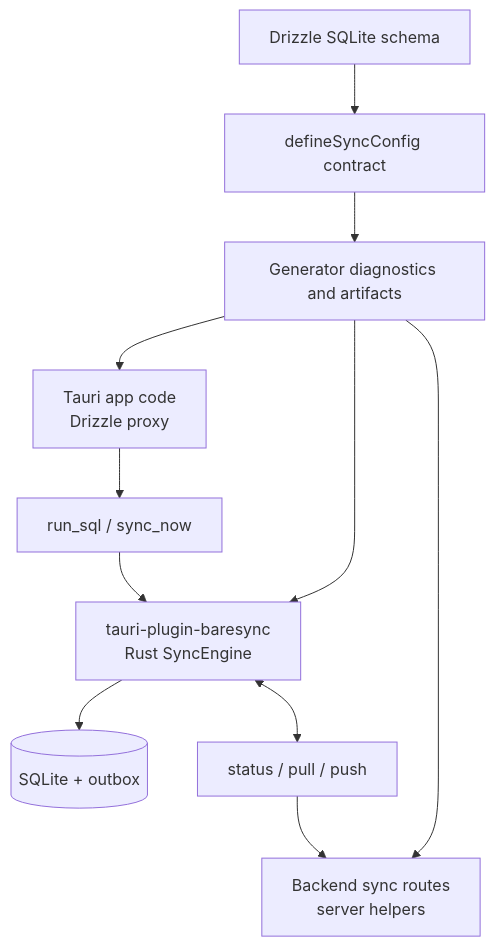
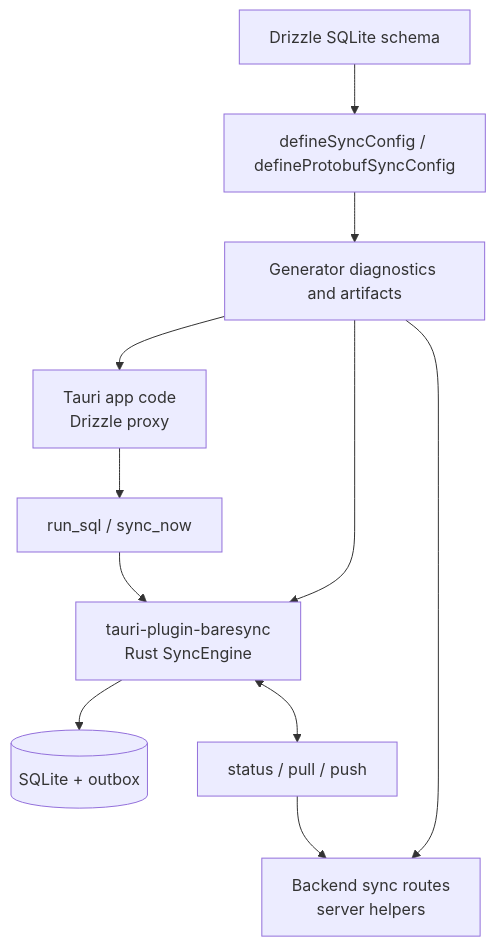
Before and after one commit to sakti-dev/baresync: the diagram in apps/docs/content/docs/index.mdx, drawn with Mermaid. The commit also changed other lines of this file and 21 other files, not shown here.

Commit message:
Improve sync config CLI and docs

````diff
--- a/apps/docs/content/docs/index.mdx
+++ b/apps/docs/content/docs/index.mdx
@@ -50,21 +50,21 @@
 ```mermaid
 flowchart TD
   schema["Drizzle SQLite schema"]
-  contract["defineSyncConfig contract"]
+  contract["defineSyncConfig / defineProtobufSyncConfig"]
   generated["Generator diagnostics and artifacts"]
   app["Tauri app code<br/>Drizzle proxy"]
   plugin["tauri-plugin-baresync<br/>Rust SyncEngine"]
   server["Backend sync routes<br/>server helpers"]
   commands["run_sql / sync_now"]
   sqlite[("SQLite + outbox")]
   routes["status / pull / push"]
 
   schema --> contract --> generated
   generated --> app
   generated --> plugin
   generated --> server
   app --> commands --> plugin
   plugin --> sqlite
   plugin <--> routes
   routes --> server
 ```
````
